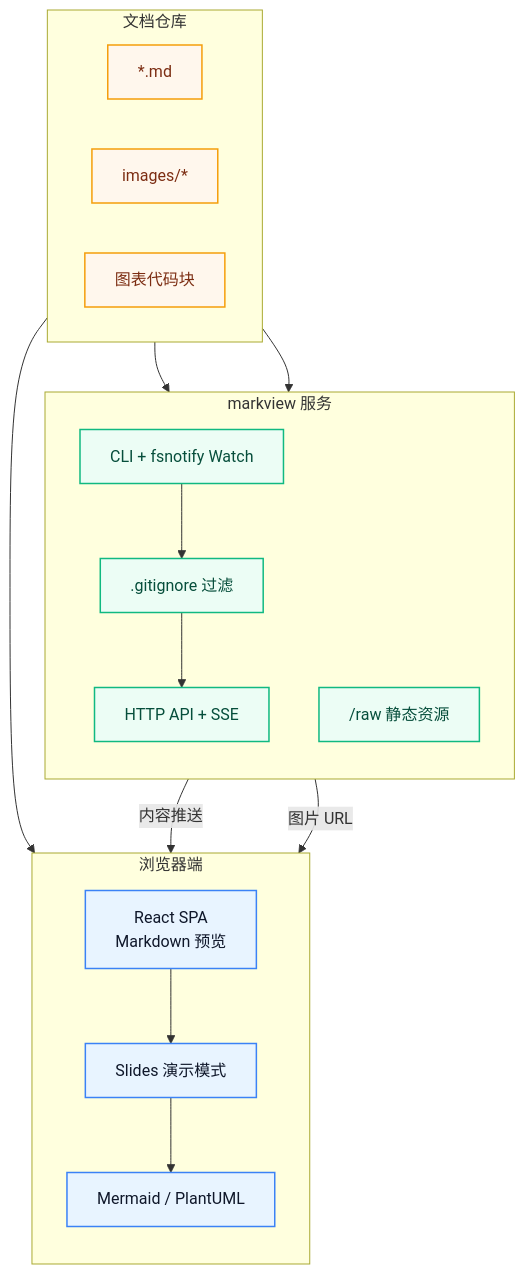
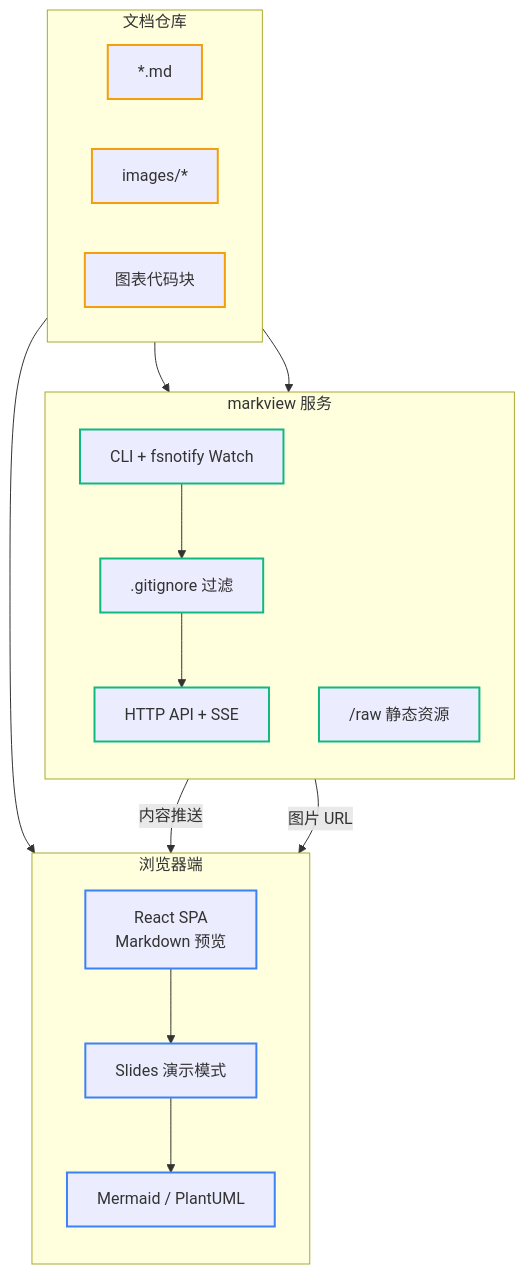
The diagram in testdata/slides-media.md (pubgo/markview), drawn with Mermaid before and after one commit. The commit also changed 3 other files, not shown here.

First line of the commit message:
fix: keep Mermaid label colors and layout aligned

````diff
--- a/testdata/slides-media.md
+++ b/testdata/slides-media.md
@@ -18,42 +18,42 @@
 ```mermaid
 flowchart TB
   subgraph Client["浏览器端"]
     direction TB
     SPA["React SPA<br/>Markdown 预览"]
     Slides["Slides 演示模式"]
     MermaidUI["Mermaid / PlantUML"]
   end
 
   subgraph Server["markview 服务"]
     direction TB
     CLI["CLI + fsnotify Watch"]
     Ignore[".gitignore 过滤"]
     API["HTTP API + SSE"]
     Raw["/raw 静态资源"]
   end
 
   subgraph Docs["文档仓库"]
     direction LR
     MD["*.md"]
     IMG["images/*"]
     DIAG["图表代码块"]
   end
 
   CLI --> Ignore
   Ignore --> API
   API -->|"内容推送"| SPA
   SPA --> Slides
   Slides --> MermaidUI
   MD --> API
   IMG --> Raw
   Raw -->|"图片 URL"| SPA
   DIAG --> MermaidUI
 
-  classDef client fill:#e8f4ff,stroke:#3b82f6,stroke-width:1.5px,color:#0f172a
-  classDef server fill:#ecfdf5,stroke:#10b981,stroke-width:1.5px,color:#064e3b
-  classDef docs fill:#fff7ed,stroke:#f59e0b,stroke-width:1.5px,color:#7c2d12
+  classDef client stroke:#3b82f6,stroke-width:2px
+  classDef server stroke:#10b981,stroke-width:2px
+  classDef docs stroke:#f59e0b,stroke-width:2px
 
   class SPA,Slides,MermaidUI client
   class CLI,Ignore,API,Raw server
   class MD,IMG,DIAG docs
 ```
````
